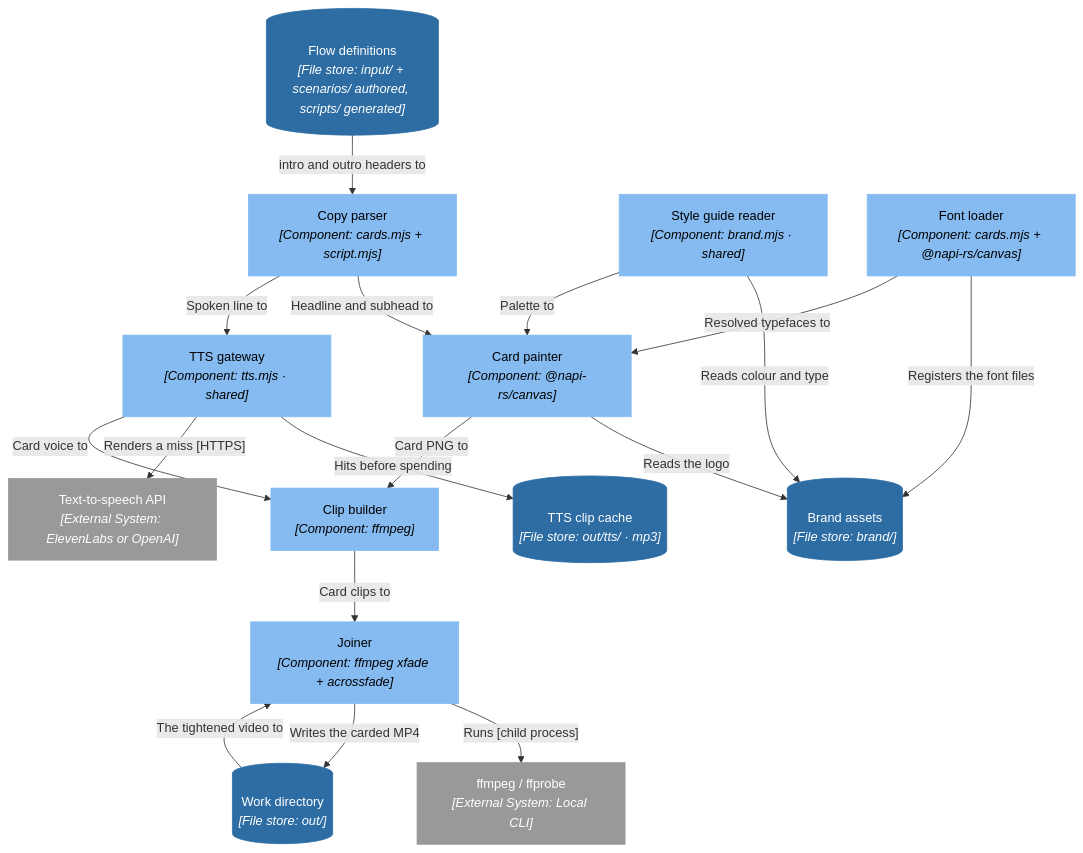
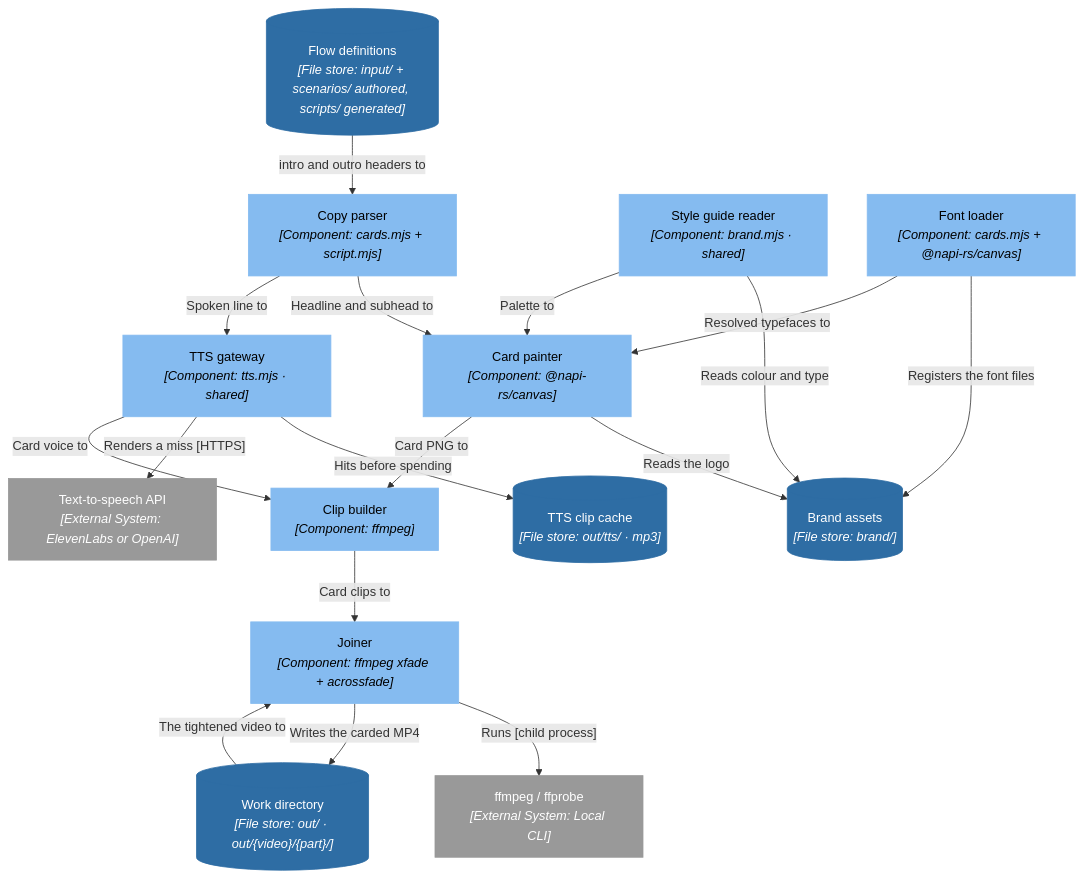
Diagram 11 of 13 in docs/C4.md (ssunduko/product-video), drawn with Mermaid before and after one commit. The commit also changed other lines of this file and 21 other files, not shown here.

````diff
--- a/docs/C4.md
+++ b/docs/C4.md
@@ -684,41 +736,41 @@
 ```mermaid
 flowchart TD
-  n89["Copy parser<br/><i>[Component: cards.mjs + script.mjs]</i>"]
-  n90["Style guide reader<br/><i>[Component: brand.mjs · shared]</i>"]
-  n91["Font loader<br/><i>[Component: cards.mjs + @napi-rs/canvas]</i>"]
-  n92["Card painter<br/><i>[Component: @napi-rs/canvas]</i>"]
-  n93["TTS gateway<br/><i>[Component: tts.mjs · shared]</i>"]
-  n94["Clip builder<br/><i>[Component: ffmpeg]</i>"]
-  n95["Joiner<br/><i>[Component: ffmpeg xfade + acrossfade]</i>"]
-  n18[("Flow definitions<br/><i>[File store: input/ + scenarios/ authored, scripts/ generated]</i>")]
-  n20[("Brand assets<br/><i>[File store: brand/]</i>")]
-  n22[("TTS clip cache<br/><i>[File store: out/tts/ · mp3]</i>")]
+  n97["Copy parser<br/><i>[Component: cards.mjs + script.mjs]</i>"]
+  n98["Style guide reader<br/><i>[Component: brand.mjs · shared]</i>"]
+  n99["Font loader<br/><i>[Component: cards.mjs + @napi-rs/canvas]</i>"]
+  n100["Card painter<br/><i>[Component: @napi-rs/canvas]</i>"]
+  n101["TTS gateway<br/><i>[Component: tts.mjs · shared]</i>"]
+  n102["Clip builder<br/><i>[Component: ffmpeg]</i>"]
+  n103["Joiner<br/><i>[Component: ffmpeg xfade + acrossfade]</i>"]
+  n19[("Flow definitions<br/><i>[File store: input/ + scenarios/ authored, scripts/ generated]</i>")]
+  n21[("Brand assets<br/><i>[File store: brand/]</i>")]
+  n23[("TTS clip cache<br/><i>[File store: out/tts/ · mp3]</i>")]
   n6["Text-to-speech API<br/><i>[External System: ElevenLabs or OpenAI]</i>"]
-  n21[("Work directory<br/><i>[File store: out/]</i>")]
+  n22[("Work directory<br/><i>[File store: out/ · out/{video}/{part}/]</i>")]
   n5["ffmpeg / ffprobe<br/><i>[External System: Local CLI]</i>"]
-  n18 -->|"intro and outro headers to"| n89
-  n90 -->|"Reads colour and type"| n20
-  n91 -->|"Registers the font files"| n20
-  n89 -->|"Headline and subhead to"| n92
-  n90 -->|"Palette to"| n92
-  n91 -->|"Resolved typefaces to"| n92
-  n92 -->|"Reads the logo"| n20
-  n89 -->|"Spoken line to"| n93
-  n93 -->|"Hits before spending"| n22
-  n93 -->|"Renders a miss [HTTPS]"| n6
-  n92 -->|"Card PNG to"| n94
-  n93 -->|"Card voice to"| n94
-  n94 -->|"Card clips to"| n95
-  n21 -->|"The tightened video to"| n95
-  n95 -->|"Runs [child process]"| n5
-  n95 -->|"Writes the carded MP4"| n21
+  n19 -->|"intro and outro headers to"| n97
+  n98 -->|"Reads colour and type"| n21
+  n99 -->|"Registers the font files"| n21
+  n97 -->|"Headline and subhead to"| n100
+  n98 -->|"Palette to"| n100
+  n99 -->|"Resolved typefaces to"| n100
+  n100 -->|"Reads the logo"| n21
+  n97 -->|"Spoken line to"| n101
+  n101 -->|"Hits before spending"| n23
+  n101 -->|"Renders a miss [HTTPS]"| n6
+  n100 -->|"Card PNG to"| n102
+  n101 -->|"Card voice to"| n102
+  n102 -->|"Card clips to"| n103
+  n22 -->|"The tightened video to"| n103
+  n103 -->|"Runs [child process]"| n5
+  n103 -->|"Writes the carded MP4"| n22
   classDef person fill:#08427b,stroke:#08427b,color:#ffffff;
   classDef system fill:#1168bd,stroke:#1168bd,color:#ffffff;
   classDef external fill:#999999,stroke:#999999,color:#ffffff;
   classDef container fill:#438dd5,stroke:#438dd5,color:#ffffff;
   classDef store fill:#2e6da4,stroke:#2e6da4,color:#ffffff;
   classDef component fill:#85bbf0,stroke:#85bbf0,color:#000000;
   class n6,n5 external;
-  class n18,n20,n22,n21 store;
-  class n89,n90,n91,n92,n93,n94,n95 component;
+  class n19,n21,n23,n22 store;
+  class n97,n98,n99,n100,n101,n102,n103 component;
 ```
````
